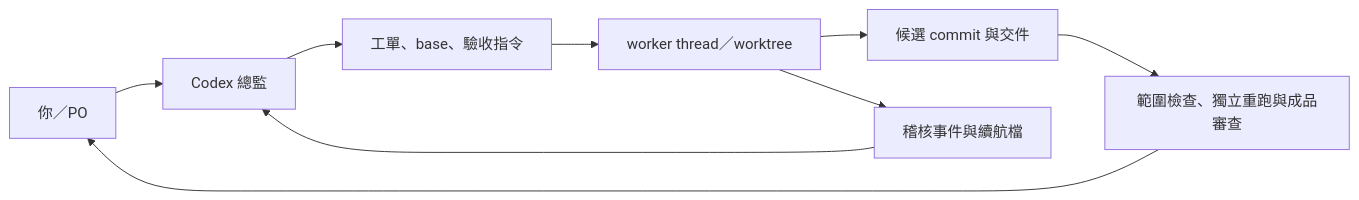
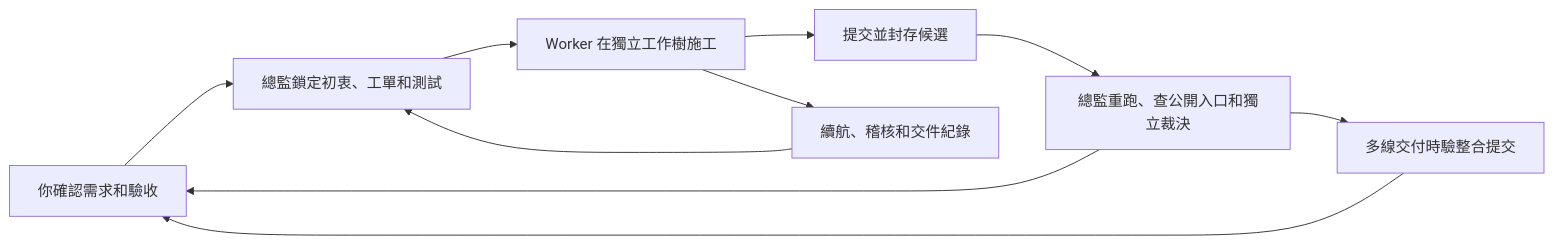
One commit to scottpuppylu/cdx-DIRECTOR-WORKER changed the diagram in README.md. Above: the diagram before and after it, drawn with Mermaid. The commit also changed other lines of this file, not shown here.

````diff
--- a/README.md
+++ b/README.md
@@ -16,11 +23,12 @@
 ```mermaid
 flowchart LR
-    PO[你／PO] --> D[Codex 總監]
-    D --> O[工單、base、驗收指令]
-    O --> W[worker thread／worktree]
-    W --> C[候選 commit 與交件]
-    C --> R[範圍檢查、獨立重跑與成品審查]
+    PO["你確認需求和驗收"] --> D["總監鎖定初衷、工單和測試"]
+    D --> W["Worker 在獨立工作樹施工"]
+    W --> C["提交並封存候選"]
+    C --> R["總監重跑、查公開入口和獨立裁決"]
+    R --> I["多線交付時驗整合提交"]
     R --> PO
-    W --> A[稽核事件與續航檔]
-    A --> D
+    I --> PO
+    W --> S["續航、稽核和交件紀錄"]
+    S --> D
 ```
````
